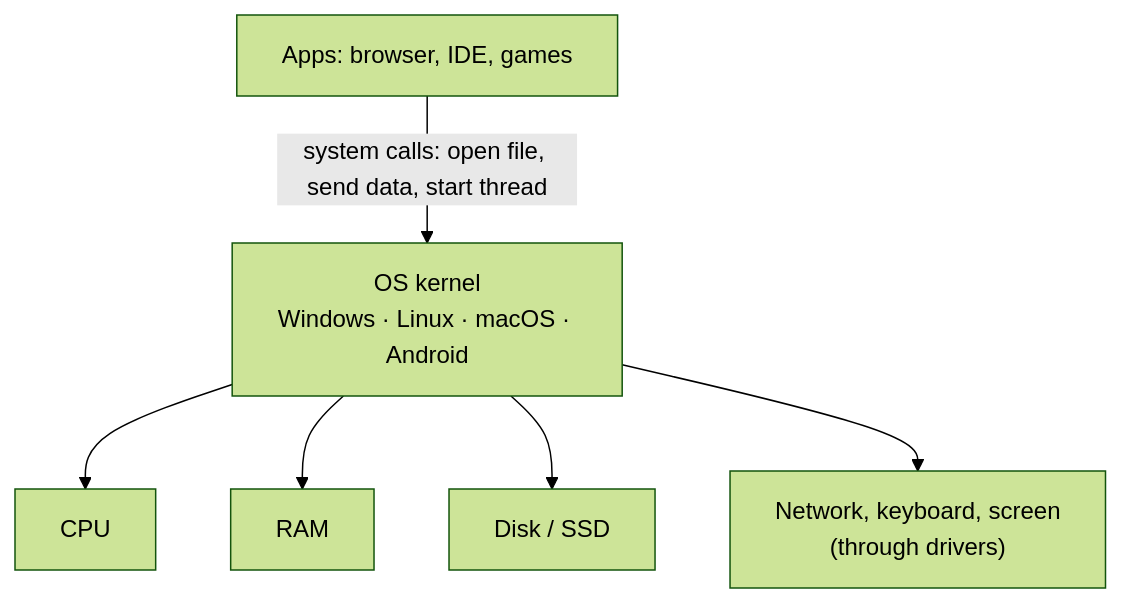
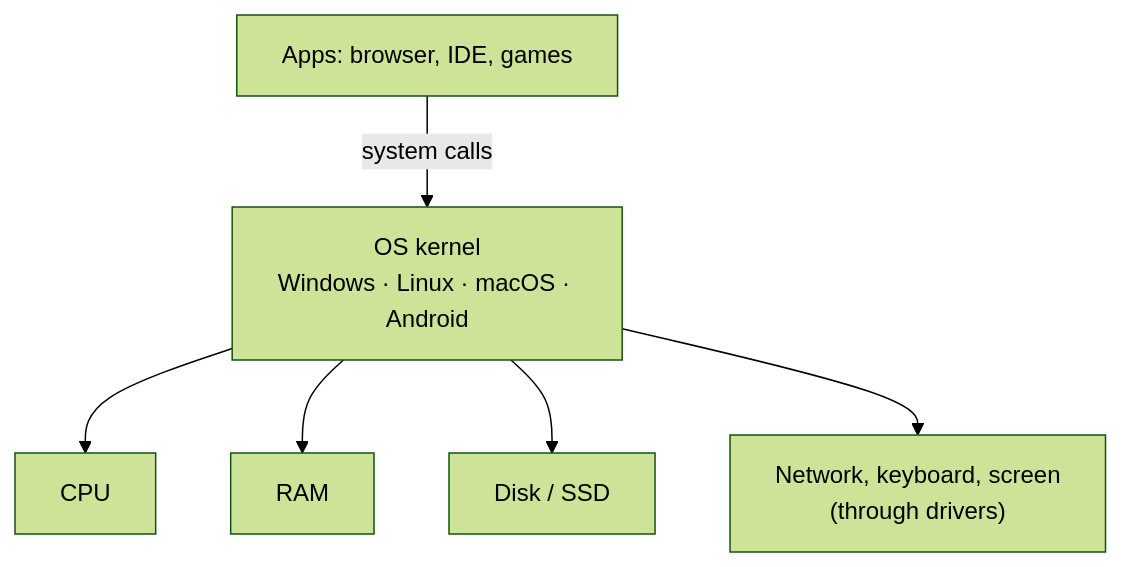
The third of 3 diagrams in interview/under-the-hood/12-CPU-RAM-Boot-and-Files.md (sathsure/Tech-Mastery-Hub), drawn with Mermaid (forest theme) before and after one commit. The commit also changed other lines of this file and 69 other files, not shown here.

````diff
--- a/interview/under-the-hood/12-CPU-RAM-Boot-and-Files.md
+++ b/interview/under-the-hood/12-CPU-RAM-Boot-and-Files.md
@@ -179,8 +245,8 @@
 ```mermaid
 flowchart TB
-  A["Apps: browser, IDE, games"] -->|"system calls: open file, send data, start thread"| K["OS kernel<br/>Windows · Linux · macOS · Android"]
+  A["Apps: browser, IDE, games"] -->|"system calls"| K["OS kernel<br/>Windows · Linux · macOS · Android"]
   K --> C["CPU"]
   K --> M["RAM"]
   K --> S["Disk / SSD"]
   K --> N["Network, keyboard, screen<br/>(through drivers)"]
 ```
````
